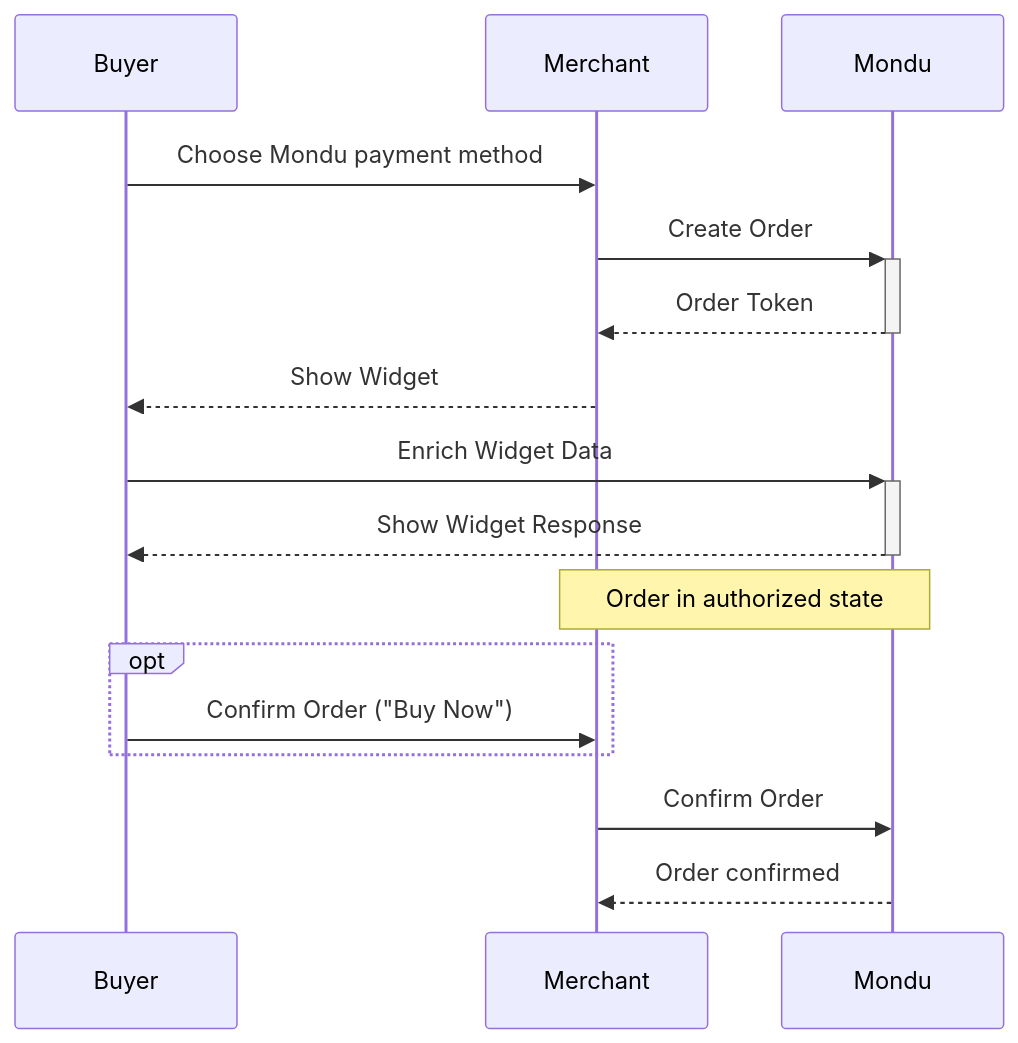
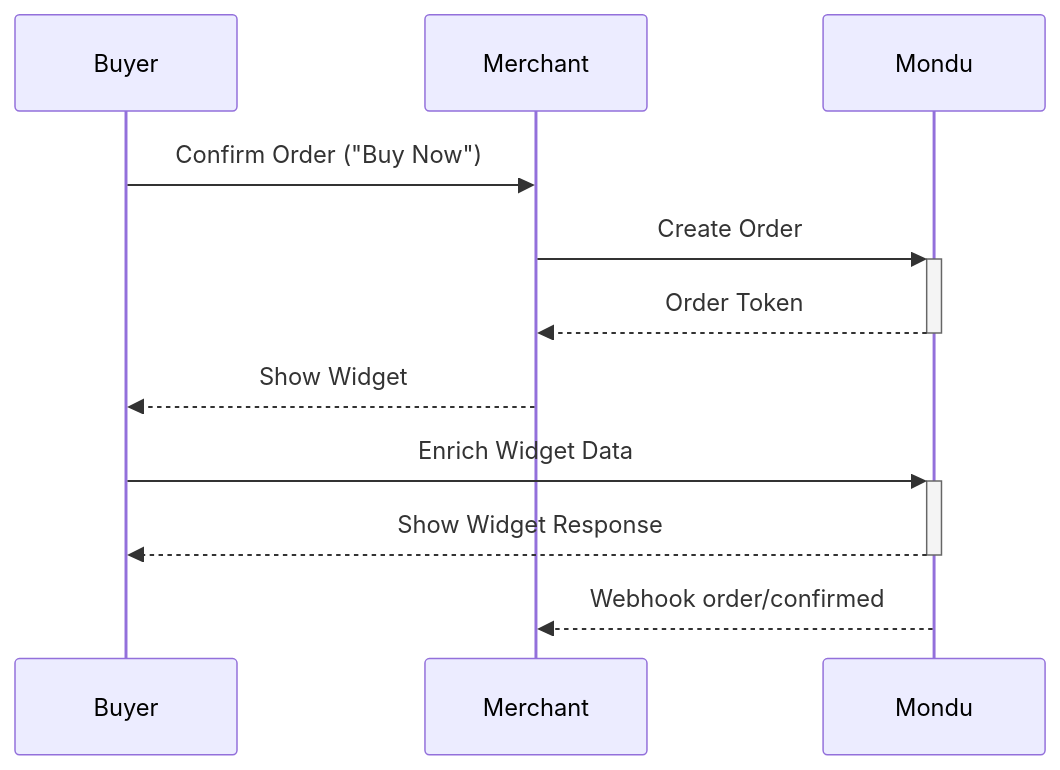
One commit to hreinberger/mondu-node changed the second of 2 diagrams in README.md. Above: the diagram before and after it, drawn with Mermaid. The commit also changed other lines of this file and 5 other files, not shown here.

````diff
--- a/README.md
+++ b/README.md
@@ -65,16 +72,10 @@
 ```mermaid
 sequenceDiagram
-    Buyer ->> Merchant: Choose Mondu payment method
+    Buyer ->> Merchant: Confirm Order ("Buy Now")
     Merchant ->>+ Mondu: Create Order
     Mondu -->>- Merchant: Order Token
     Merchant -->> Buyer: Show Widget
-    Buyer ->>+ Mondu: Enrich Widget Data 
+    Buyer ->>+ Mondu: Enrich Widget Data
     Mondu -->>- Buyer: Show Widget Response
-    note over Merchant,Mondu: Order in authorized state
-    opt 
-        Buyer ->> Merchant: Confirm Order ("Buy Now")
-    end
-    Merchant ->> Mondu: Confirm Order
-    Mondu -->> Merchant: Order confirmed
-
+    Mondu -->> Merchant: Webhook order/confirmed
 ```
````
